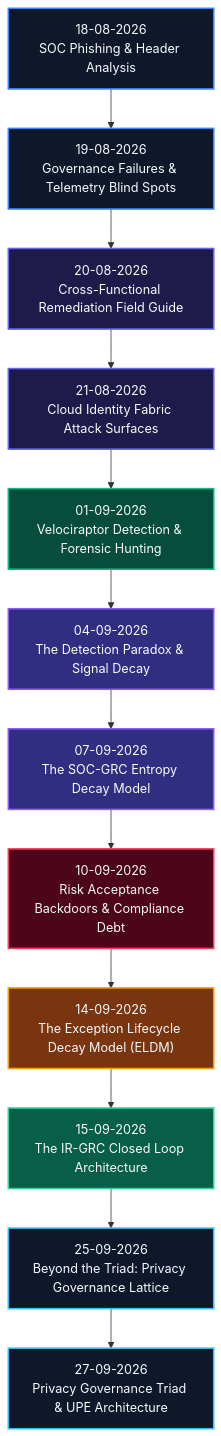
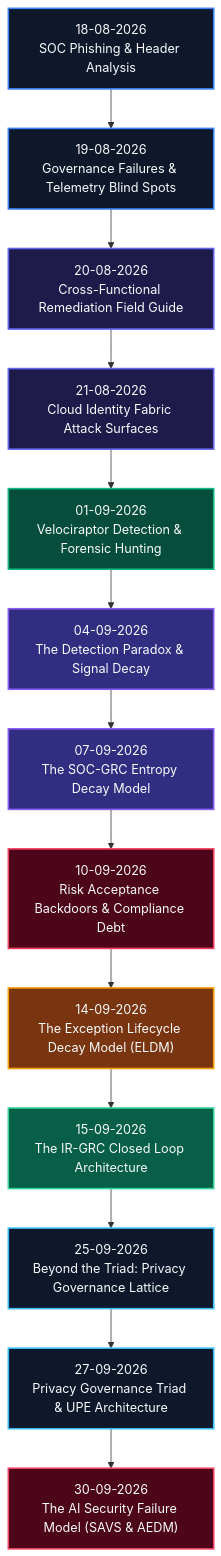
One commit to hiro001-eth/What-I-Learned-Today-on-SOC-GRC- changed the diagram in README.md. Above: the diagram before and after it, drawn with Mermaid. The commit also changed other lines of this file and 1 other file, not shown here.

Commit message:
feat(research): add 13th research paper on AI Security Failure Model (SAVS, AEDM, ALL) and update README

````diff
--- a/README.md
+++ b/README.md
@@ -30,33 +30,35 @@
 ```mermaid
 graph TD
     AUG18["18-08-2026<br/>SOC Phishing & Header Analysis"] --> AUG19["19-08-2026<br/>Governance Failures & Telemetry Blind Spots"]
     AUG19 --> AUG20["20-08-2026<br/>Cross-Functional Remediation Field Guide"]
     AUG20 --> AUG21["21-08-2026<br/>Cloud Identity Fabric Attack Surfaces"]
     AUG21 --> SEP01["01-09-2026<br/>Velociraptor Detection & Forensic Hunting"]
     SEP01 --> SEP04["04-09-2026<br/>The Detection Paradox & Signal Decay"]
     SEP04 --> SEP07["07-09-2026<br/>The SOC-GRC Entropy Decay Model"]
     SEP07 --> SEP10["10-09-2026<br/>Risk Acceptance Backdoors & Compliance Debt"]
     SEP10 --> SEP14["14-09-2026<br/>The Exception Lifecycle Decay Model (ELDM)"]
     SEP14 --> SEP15["15-09-2026<br/>The IR-GRC Closed Loop Architecture"]
     SEP15 --> SEP25["25-09-2026<br/>Beyond the Triad: Privacy Governance Lattice"]
     SEP25 --> SEP27["27-09-2026<br/>Privacy Governance Triad & UPE Architecture"]
+    SEP27 --> SEP30["30-09-2026<br/>The AI Security Failure Model (SAVS & AEDM)"]
 
     classDef default fill:#1E293B,stroke:#475569,color:#F8FAFC,stroke-width:1px;
     classDef foundation fill:#0F172A,stroke:#3B82F6,color:#F8FAFC,stroke-width:2px;
     classDef telemetry fill:#1E1B4B,stroke:#6366F1,color:#F8FAFC,stroke-width:2px;
     classDef forensics fill:#064E3B,stroke:#10B981,color:#F8FAFC,stroke-width:2px;
     classDef theoretical fill:#312E81,stroke:#8B5CF6,color:#F8FAFC,stroke-width:2px;
     classDef critical fill:#4C0519,stroke:#F43F5E,color:#F8FAFC,stroke-width:2px;
     classDef new fill:#78350F,stroke:#F59E0B,color:#F8FAFC,stroke-width:2px;
     classDef conclusion fill:#065F46,stroke:#34D399,color:#F8FAFC,stroke-width:2px;
     classDef supplement fill:#0F172A,stroke:#38BDF8,color:#F8FAFC,stroke-width:2px;
 
     class AUG18,AUG19 foundation;
     class AUG20,AUG21 telemetry;
     class SEP01 forensics;
     class SEP04,SEP07 theoretical;
     class SEP10 critical;
     class SEP14 new;
     class SEP15 conclusion;
     class SEP25,SEP27 supplement;
+    class SEP30 critical;
 ```
````
